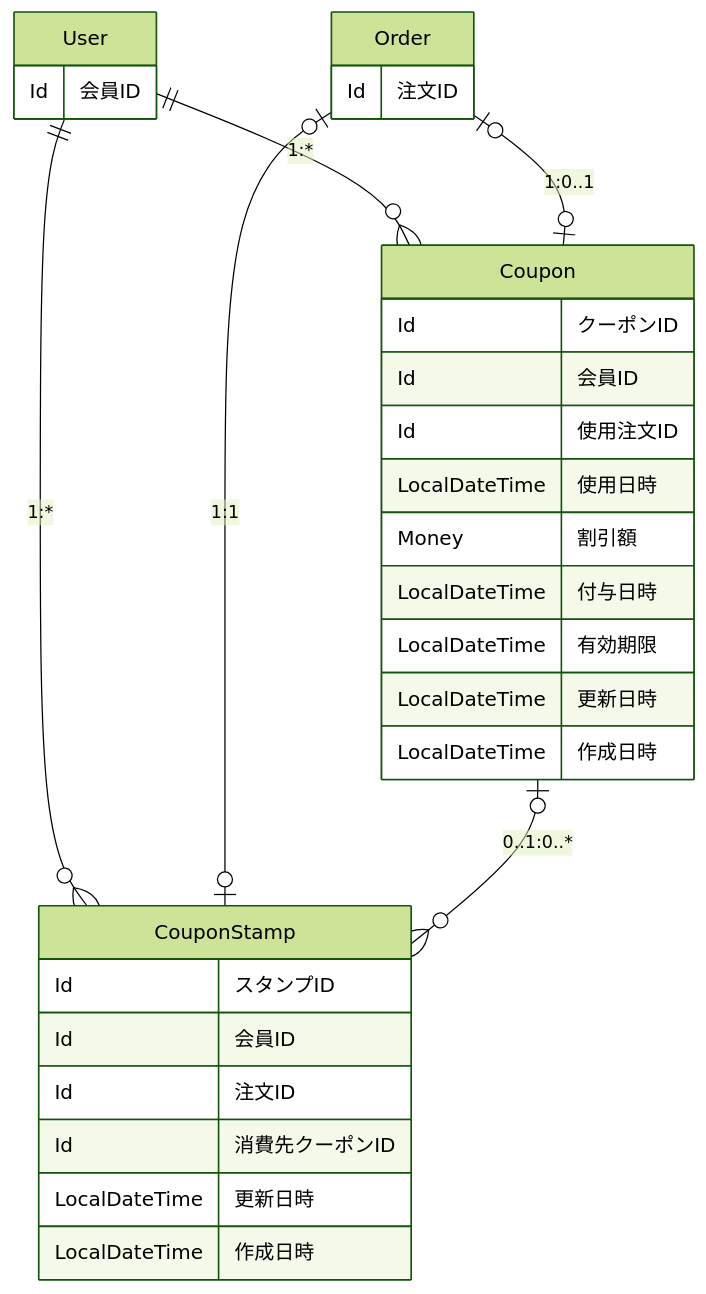
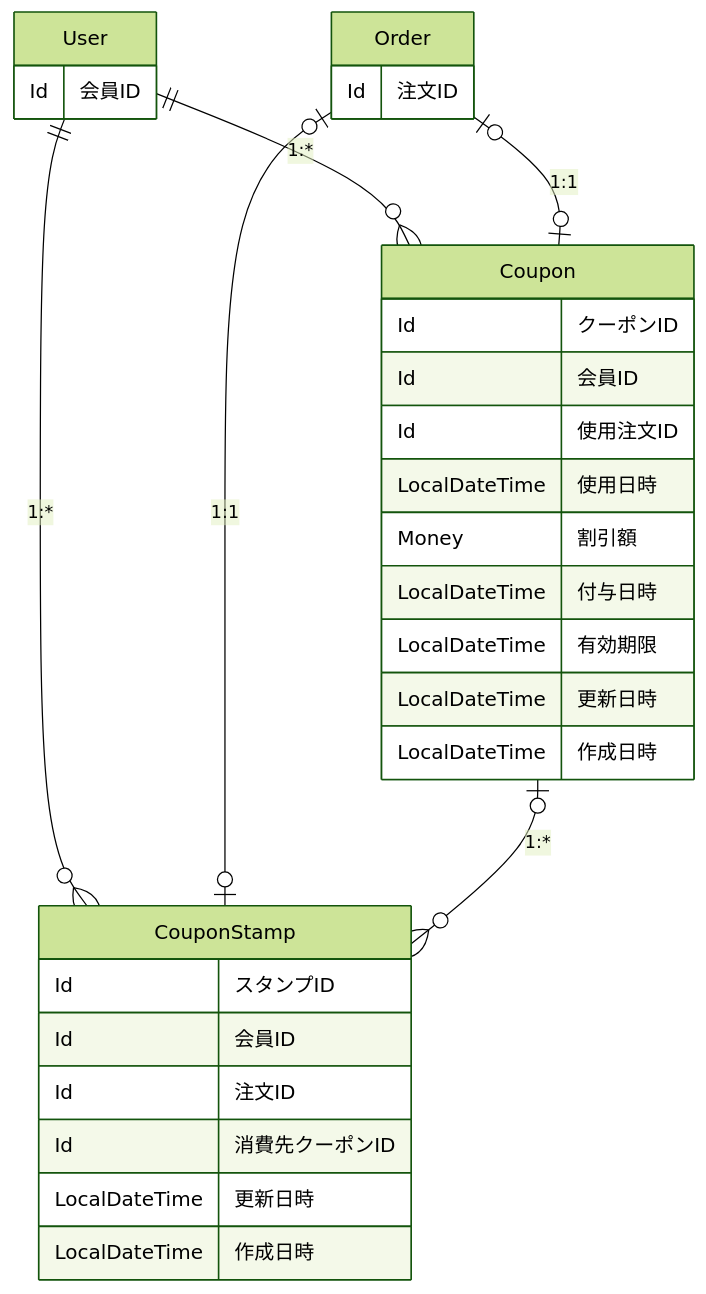
One commit to uekan-source/education-book-scala-app changed the diagram in docs/domain/stampCard/03_design.md. Above: the diagram before and after it, drawn with Mermaid (forest theme). The commit also changed other lines of this file and 2 other files, not shown here.

````diff
--- a/docs/domain/stampCard/03_design.md
+++ b/docs/domain/stampCard/03_design.md
@@ -37,34 +37,34 @@
 ```mermaid
 erDiagram
     User   ||--o{ CouponStamp : "1:*"
     User   ||--o{ Coupon      : "1:*"
     Order  |o--o| CouponStamp : "1:1"
-    Coupon |o--o{ CouponStamp : "0..1:0..*"
-    Order  |o--o| Coupon      : "1:0..1"
+    Coupon |o--o{ CouponStamp : "1:*"
+    Order  |o--o| Coupon      : "1:1"
 
     User {
         Id 会員ID
     }
     Order {
         Id 注文ID
     }
     CouponStamp {
         Id スタンプID
         Id 会員ID
         Id 注文ID
         Id 消費先クーポンID
         LocalDateTime 更新日時
         LocalDateTime 作成日時
     }
     Coupon {
         Id クーポンID
         Id 会員ID
         Id 使用注文ID
         LocalDateTime 使用日時
         Money 割引額
         LocalDateTime 付与日時
         LocalDateTime 有効期限
         LocalDateTime 更新日時
         LocalDateTime 作成日時
     }
 ```
````
